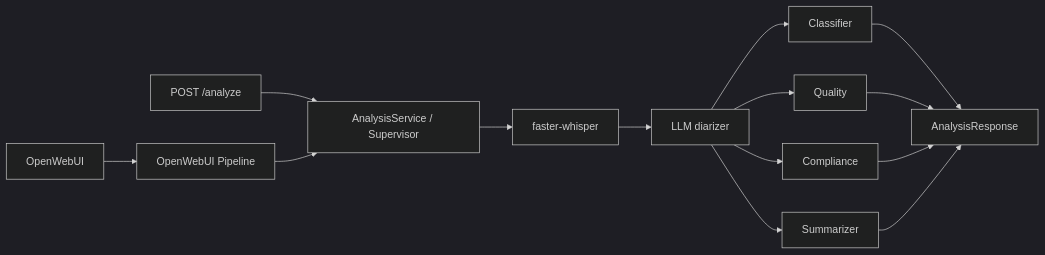
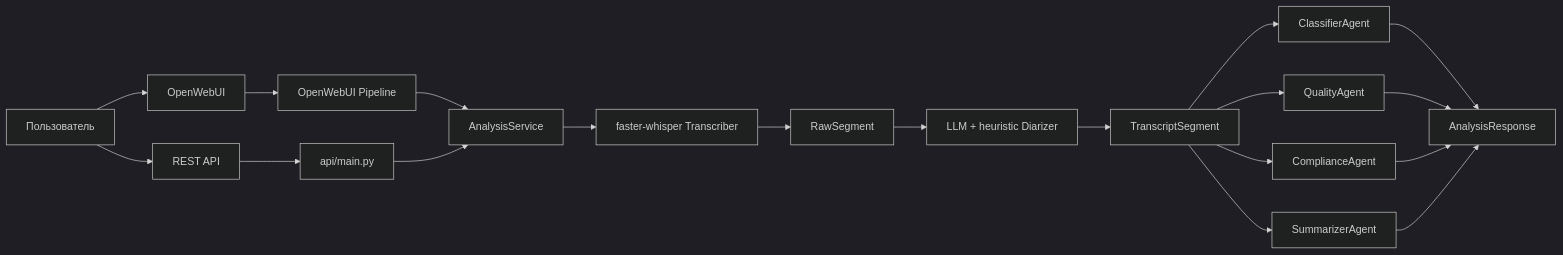
Before and after one commit to vbuyel/mtbank-ai-hiring: the first of 3 diagrams in README.md, drawn with Mermaid (dark theme). The commit also changed other lines of this file, not shown here.

````diff
--- a/README.md
+++ b/README.md
@@ -14,16 +38,26 @@
 ```mermaid
 flowchart LR
-    UI[OpenWebUI] --> P[OpenWebUI Pipeline]
-    REST[POST /analyze] --> S[AnalysisService / Supervisor]
-    P --> S
-    S --> ASR[faster-whisper]
-    ASR --> D[LLM diarizer]
-    D --> C[Classifier]
-    D --> Q[Quality]
-    D --> CO[Compliance]
-    D --> SU[Summarizer]
-    C --> R[AnalysisResponse]
-    Q --> R
-    CO --> R
-    SU --> R
+    User[Пользователь] --> WebUI[OpenWebUI]
+    User --> REST[REST API]
+
+    WebUI --> Pipeline[OpenWebUI Pipeline]
+    REST --> ApiRoute[api/main.py]
+
+    Pipeline --> UseCase[AnalysisService]
+    ApiRoute --> UseCase
+
+    UseCase --> ASR[faster-whisper Transcriber]
+    ASR --> Raw[RawSegment]
+    Raw --> Diarizer[LLM + heuristic Diarizer]
+    Diarizer --> Transcript[TranscriptSegment]
+
+    Transcript --> Classifier[ClassifierAgent]
+    Transcript --> Quality[QualityAgent]
+    Transcript --> Compliance[ComplianceAgent]
+    Transcript --> Summarizer[SummarizerAgent]
+
+    Classifier --> Response[AnalysisResponse]
+    Quality --> Response
+    Compliance --> Response
+    Summarizer --> Response
 ```
````
